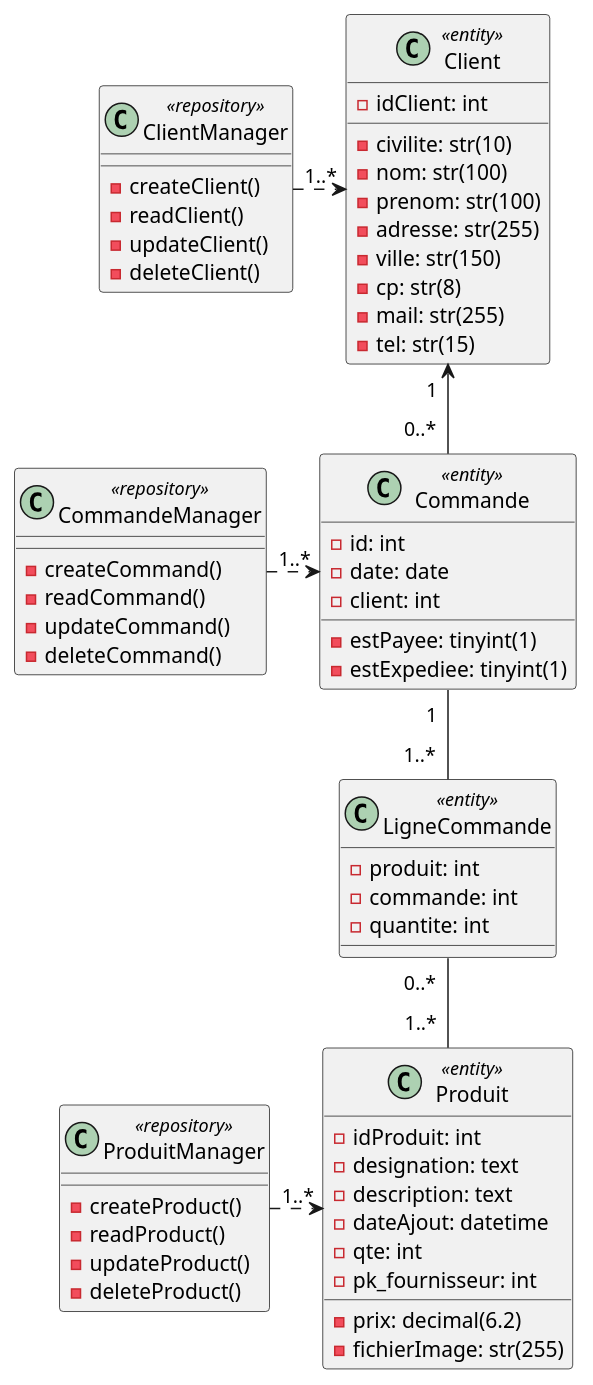
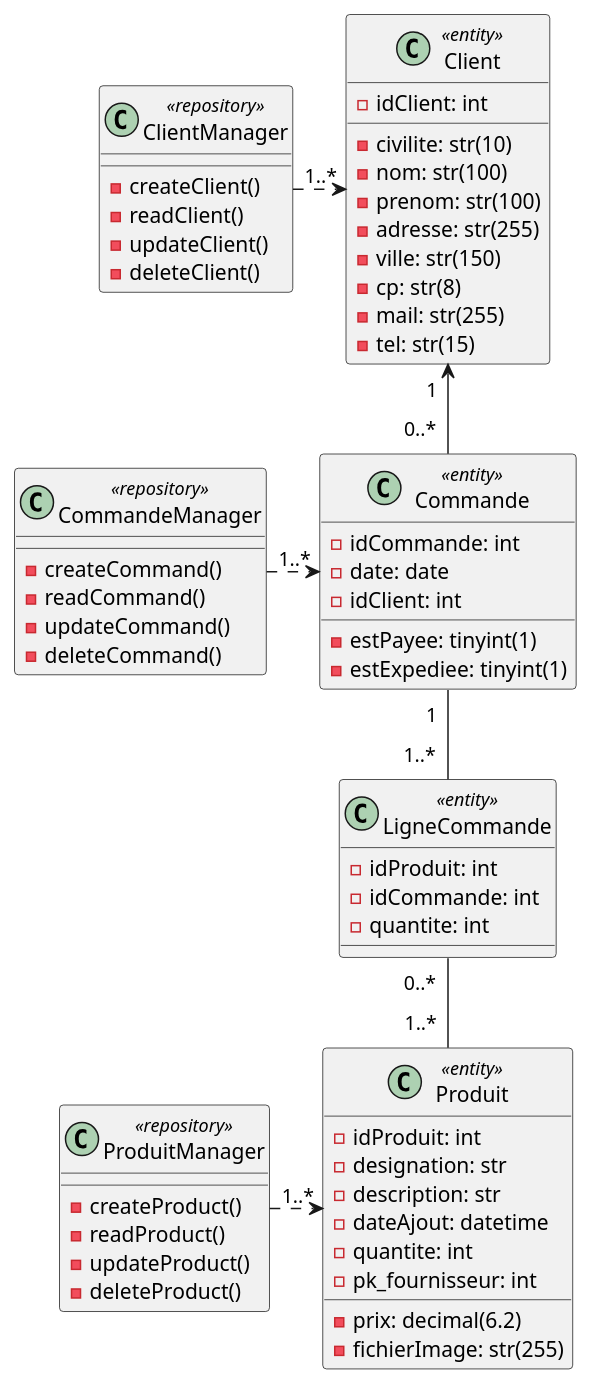
The diagram in Diagram.puml (NathanDMT/CS-Project), drawn with PlantUML before and after one commit. The commit also changed 105 other files, not shown here.

```diff
--- a/Diagram.puml
+++ b/Diagram.puml
@@ -1,68 +1,68 @@
 @startuml
 class Client <<entity>> {
     - idClient: int
     - civilite: str(10)
     - nom: str(100)
     - prenom: str(100)
     - adresse: str(255)
     - ville: str(150)
     - cp: str(8)
     - mail: str(255)
     - tel: str(15)
 }
 
 class ClientManager <<repository>> {
     - createClient()
     - readClient()
     - updateClient()
     - deleteClient()
 }
 
 class Commande <<entity>> {
-    - id: int
+    - idCommande: int
     - date: date
+    - idClient: int
     - estPayee: tinyint(1)
     - estExpediee: tinyint(1)
-    - client: int
 }
 
 class CommandeManager <<repository>> {
     - createCommand()
     - readCommand()
     - updateCommand()
     - deleteCommand()
 }
 
 class LigneCommande <<entity>> {
-    - produit: int
-    - commande: int
+    - idProduit: int
+    - idCommande: int
     - quantite: int
 }
 
 class Produit <<entity>> {
     - idProduit: int
-    - designation: text
-    - description: text
+    - designation: str
+    - description: str
     - dateAjout: datetime
-    - qte: int
+    - quantite: int
     - prix: decimal(6.2)
     - fichierImage: str(255)
     - pk_fournisseur: int
 }
 
 class ProduitManager <<repository>> {
     - createProduct()
     - readProduct()
     - updateProduct()
     - deleteProduct()
 }
 
 Client "1  " <-- "0..*  " Commande
 Commande "1  " -- "1..*  " LigneCommande
 LigneCommande "0..*  " -- "1..*  " Produit
 
 ClientManager "1..*" .> Client
 CommandeManager "1..*" .> Commande
 ProduitManager "1..*" .> Produit
 
 @enduml
```
